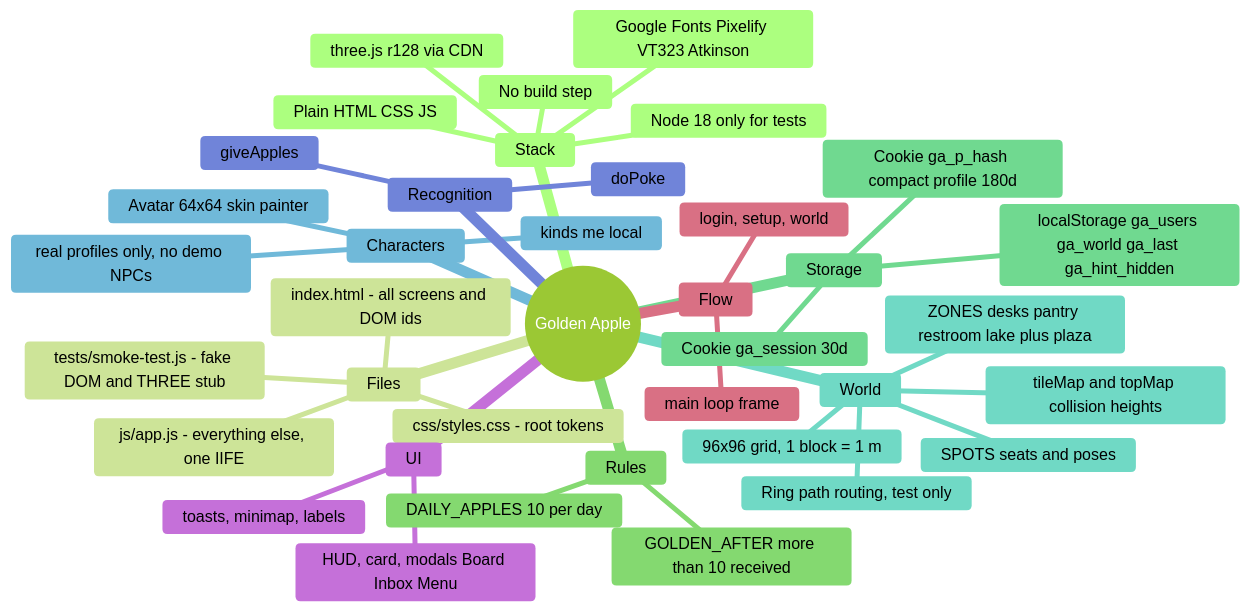
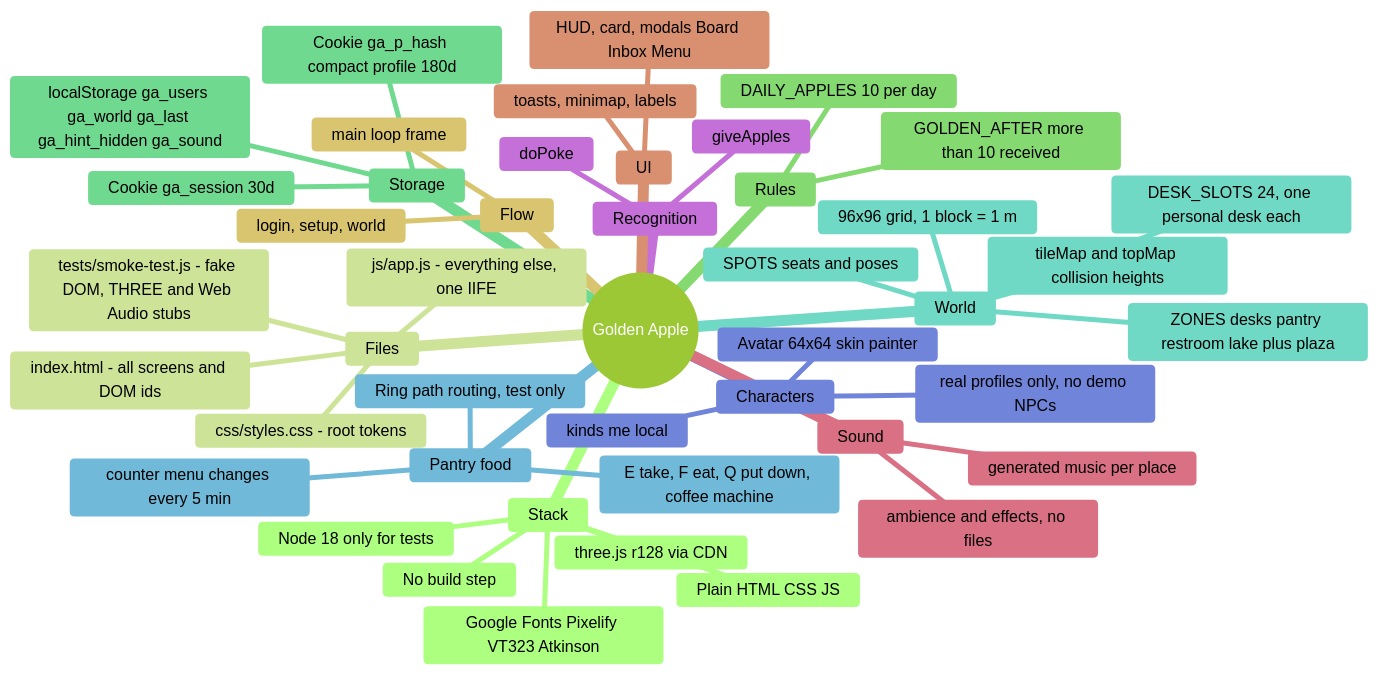
One commit to ItsLabs-India/GoldenApple changed the diagram in CLAUDE.md. Above: the diagram before and after it, drawn with Mermaid (forest theme). The commit also changed other lines of this file and 5 other files, not shown here.

First line of the commit message:
Enhance smoke tests with desk management and audio features

````diff
--- a/CLAUDE.md
+++ b/CLAUDE.md
@@ -7,41 +7,48 @@
 ```mermaid
 mindmap
   root((Golden Apple))
     Stack
       Plain HTML CSS JS
       No build step
       three.js r128 via CDN
       Google Fonts Pixelify VT323 Atkinson
       Node 18 only for tests
     Files
       index.html - all screens and DOM ids
       css/styles.css - root tokens
       js/app.js - everything else, one IIFE
-      tests/smoke-test.js - fake DOM and THREE stub
+      tests/smoke-test.js - fake DOM, THREE and Web Audio stubs
     Rules
       DAILY_APPLES 10 per day
       GOLDEN_AFTER more than 10 received
     Storage
       Cookie ga_session 30d
       Cookie ga_p_hash compact profile 180d
-      localStorage ga_users ga_world ga_last ga_hint_hidden
+      localStorage ga_users ga_world ga_last ga_hint_hidden ga_sound
     World
       96x96 grid, 1 block = 1 m
       tileMap and topMap collision heights
       ZONES desks pantry restroom lake plus plaza
       SPOTS seats and poses
+      DESK_SLOTS 24, one personal desk each
+    Pantry food
+      counter menu changes every 5 min
+      E take, F eat, Q put down, coffee machine
       Ring path routing, test only
     Characters
       kinds me local
       real profiles only, no demo NPCs
       Avatar 64x64 skin painter
     Recognition
       giveApples
       doPoke
+    Sound
+      generated music per place
+      ambience and effects, no files
     UI
       HUD, card, modals Board Inbox Menu
       toasts, minimap, labels
     Flow
       login, setup, world
       main loop frame
 ```
````
